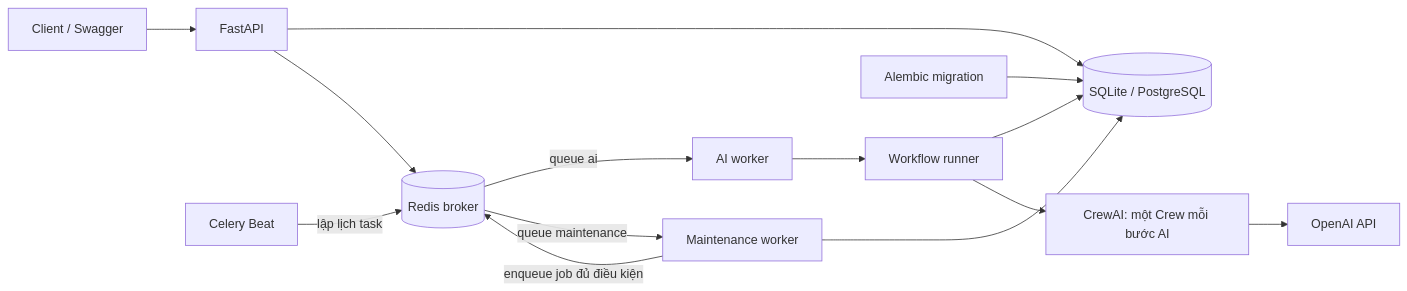
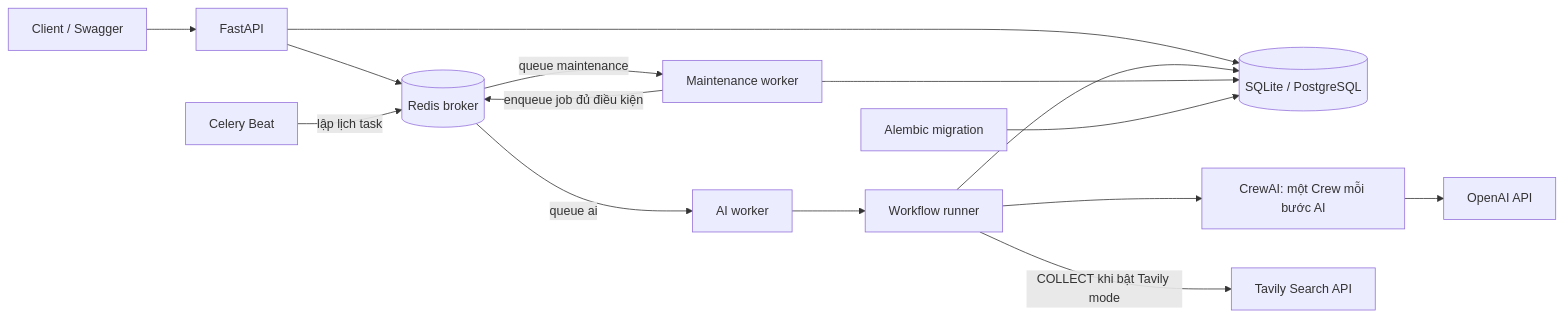
Before and after one commit to thole1986/ai_research_service: the first of 3 diagrams in docs/end-to-end.vi.md, drawn with Mermaid. The commit also changed other lines of this file and 33 other files, not shown here.

````diff
--- a/docs/end-to-end.vi.md
+++ b/docs/end-to-end.vi.md
@@ -28,16 +30,17 @@
 ```mermaid
 flowchart LR
     Client[Client / Swagger] --> API[FastAPI]
     API --> DB[(SQLite / PostgreSQL)]
     API --> Redis[(Redis broker)]
     Redis -->|queue ai| AI[AI worker]
     AI --> Runner[Workflow runner]
     Runner --> DB
     Runner --> Crew[CrewAI: một Crew mỗi bước AI]
     Crew --> OpenAI[OpenAI API]
+    Runner -->|COLLECT khi bật Tavily mode| Tavily[Tavily Search API]
     Beat[Celery Beat] -->|lập lịch task| Redis
     Redis -->|queue maintenance| Maintenance[Maintenance worker]
     Maintenance --> DB
     Maintenance -->|enqueue job đủ điều kiện| Redis
     Migrate[Alembic migration] --> DB
 ```
````
